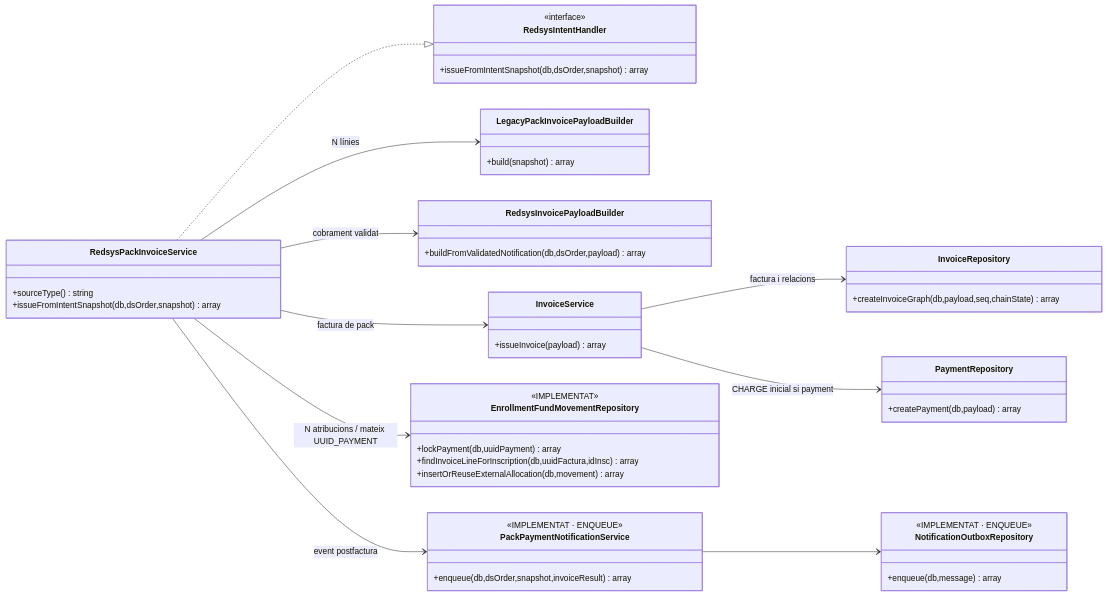
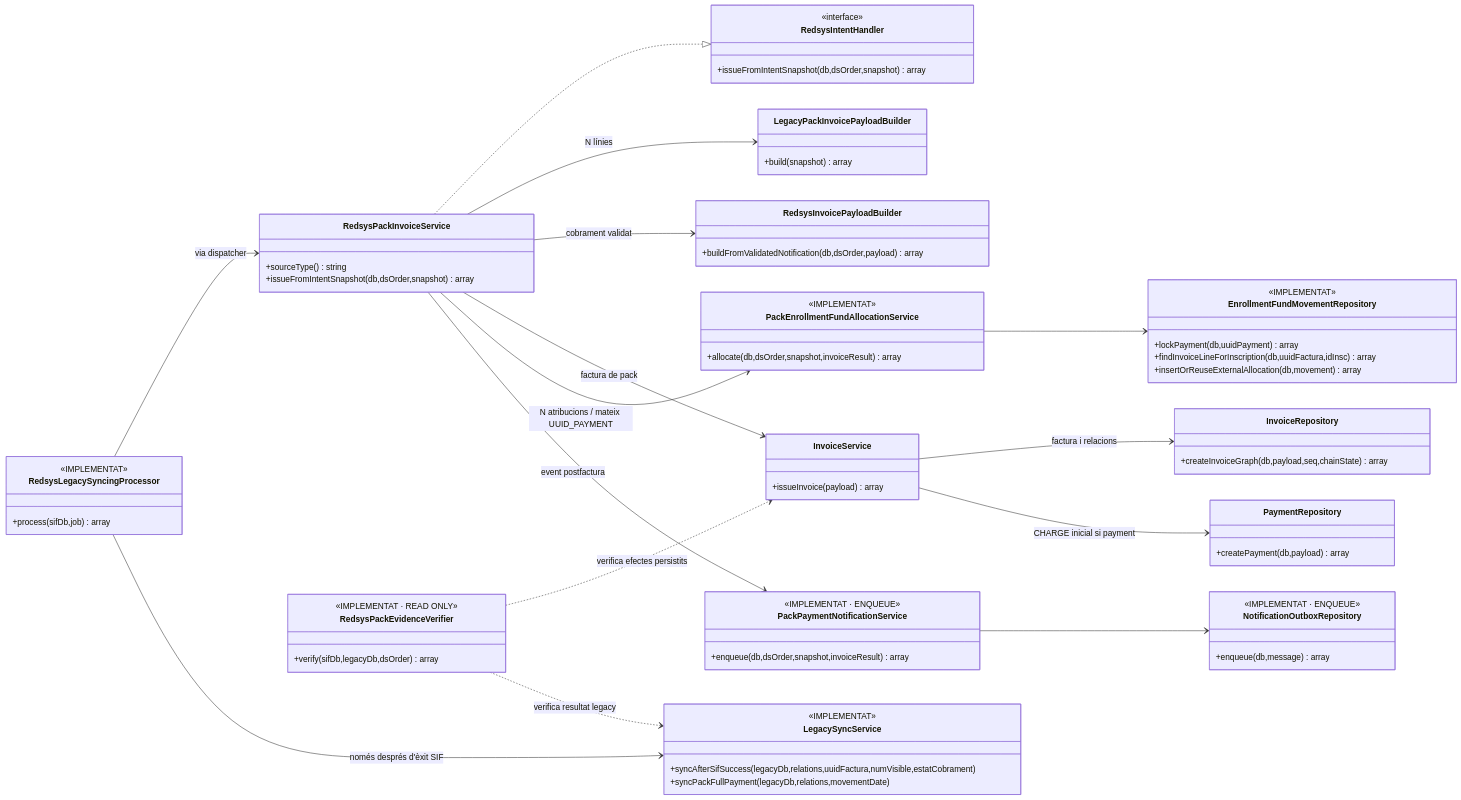
The third of 5 diagrams in documentacio/07-uml-integrat/uc-015-comprar-pack.md (orgmeriemprismacat-del/verifactu), drawn with Mermaid before and after one commit. The commit also changed other lines of this file, not shown here.

Commit message:
docs(UC-015): alinear UML integrat amb worker, sync i privacitat reals

````diff
--- a/documentacio/07-uml-integrat/uc-015-comprar-pack.md
+++ b/documentacio/07-uml-integrat/uc-015-comprar-pack.md
@@ -139,50 +139,72 @@
 ```mermaid
 classDiagram
 direction LR
 class RedsysPackInvoiceService {
  +sourceType() string
  +issueFromIntentSnapshot(db,dsOrder,snapshot) array
 }
 class RedsysIntentHandler {
  <<interface>>
  +issueFromIntentSnapshot(db,dsOrder,snapshot) array
 }
 class LegacyPackInvoicePayloadBuilder {
  +build(snapshot) array
 }
 class RedsysInvoicePayloadBuilder {
  +buildFromValidatedNotification(db,dsOrder,payload) array
 }
 class InvoiceService {
  +issueInvoice(payload) array
 }
 class InvoiceRepository {
  +createInvoiceGraph(db,payload,seq,chainState) array
 }
 class PaymentRepository {
  +createPayment(db,payload) array
 }
+class PackEnrollmentFundAllocationService {
+ <<IMPLEMENTAT>>
+ +allocate(db,dsOrder,snapshot,invoiceResult) array
+}
 class EnrollmentFundMovementRepository {
  <<IMPLEMENTAT>>
  +lockPayment(db,uuidPayment) array
  +findInvoiceLineForInscription(db,uuidFactura,idInsc) array
  +insertOrReuseExternalAllocation(db,movement) array
 }
 class PackPaymentNotificationService {
  <<IMPLEMENTAT · ENQUEUE>>
  +enqueue(db,dsOrder,snapshot,invoiceResult) array
 }
 class NotificationOutboxRepository {
  <<IMPLEMENTAT · ENQUEUE>>
  +enqueue(db,message) array
 }
+class RedsysLegacySyncingProcessor {
+ <<IMPLEMENTAT>>
+ +process(sifDb,job) array
+}
+class LegacySyncService {
+ <<IMPLEMENTAT>>
+ +syncAfterSifSuccess(legacyDb,relations,uuidFactura,numVisible,estatCobrament)
+ +syncPackFullPayment(legacyDb,relations,movementDate)
+}
+class RedsysPackEvidenceVerifier {
+ <<IMPLEMENTAT · READ ONLY>>
+ +verify(sifDb,legacyDb,dsOrder) array
+}
 RedsysPackInvoiceService ..|> RedsysIntentHandler
 RedsysPackInvoiceService --> LegacyPackInvoicePayloadBuilder : N línies
 RedsysPackInvoiceService --> RedsysInvoicePayloadBuilder : cobrament validat
 RedsysPackInvoiceService --> InvoiceService : factura de pack
-RedsysPackInvoiceService --> EnrollmentFundMovementRepository : N atribucions / mateix UUID_PAYMENT
+RedsysPackInvoiceService --> PackEnrollmentFundAllocationService : N atribucions / mateix UUID_PAYMENT
+PackEnrollmentFundAllocationService --> EnrollmentFundMovementRepository
 RedsysPackInvoiceService --> PackPaymentNotificationService : event postfactura
 PackPaymentNotificationService --> NotificationOutboxRepository
 InvoiceService --> InvoiceRepository : factura i relacions
 InvoiceService --> PaymentRepository : CHARGE inicial si payment
+RedsysLegacySyncingProcessor --> RedsysPackInvoiceService : via dispatcher
+RedsysLegacySyncingProcessor --> LegacySyncService : només després d'èxit SIF
+RedsysPackEvidenceVerifier ..> InvoiceService : verifica efectes persistits
+RedsysPackEvidenceVerifier ..> LegacySyncService : verifica resultat legacy
 ```
````
